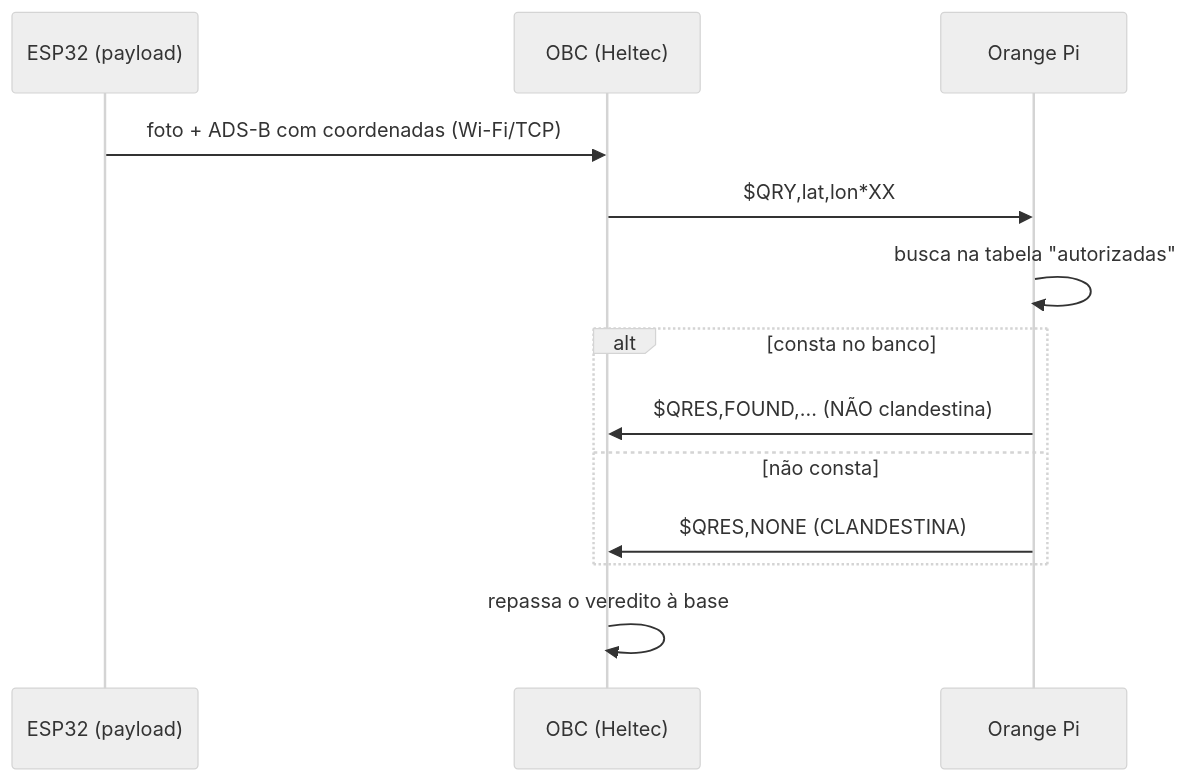
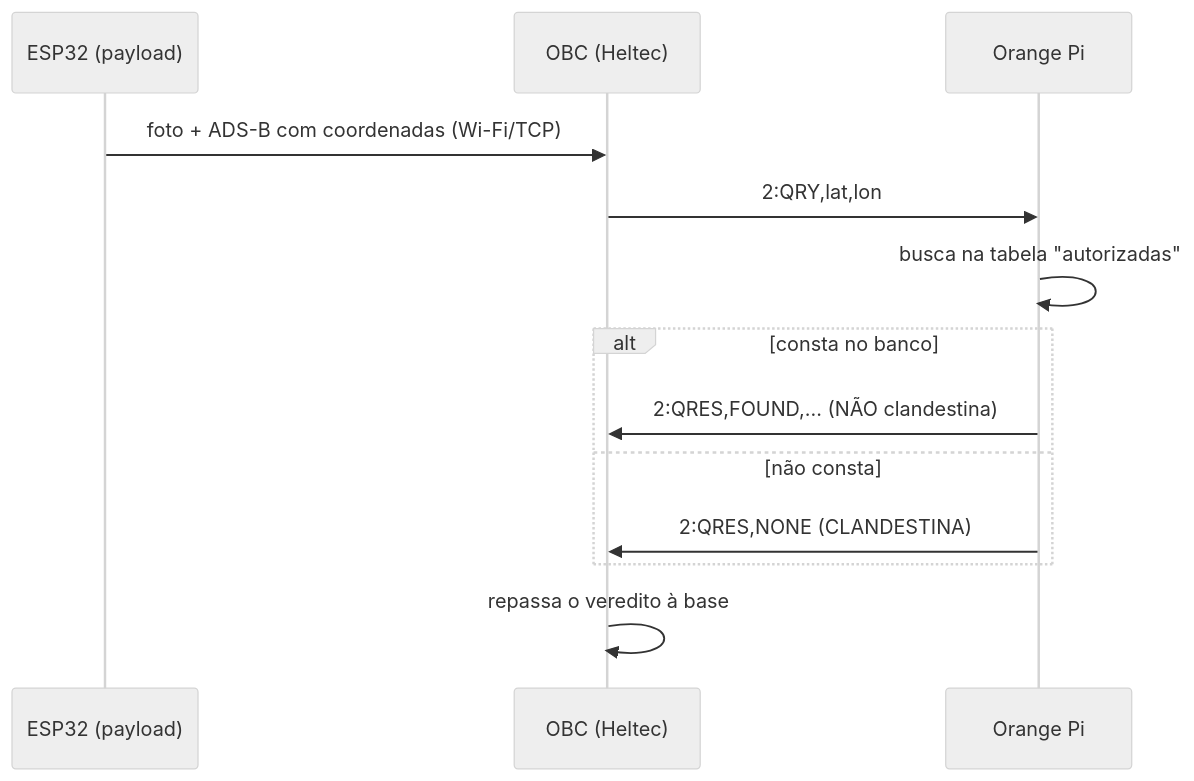
Before and after one commit to uerjsats/2026: the third of 3 diagrams in CubeDesign 2026/Missao/README.md, drawn with Mermaid (neutral theme). The commit also changed other lines of this file, not shown here.

````diff
--- a/CubeDesign 2026/Missao/README.md
+++ b/CubeDesign 2026/Missao/README.md
@@ -54,15 +56,15 @@
 ```mermaid
 sequenceDiagram
     participant E as ESP32 (payload)
     participant O as OBC (Heltec)
     participant P as Orange Pi
     E->>O: foto + ADS-B com coordenadas (Wi-Fi/TCP)
-    O->>P: $QRY,lat,lon*XX
+    O->>P: 2:QRY,lat,lon
     P->>P: busca na tabela "autorizadas"
     alt consta no banco
-        P->>O: $QRES,FOUND,... (NÃO clandestina)
+        P->>O: 2:QRES,FOUND,... (NÃO clandestina)
     else não consta
-        P->>O: $QRES,NONE (CLANDESTINA)
+        P->>O: 2:QRES,NONE (CLANDESTINA)
     end
     O->>O: repassa o veredito à base
 ```
````
